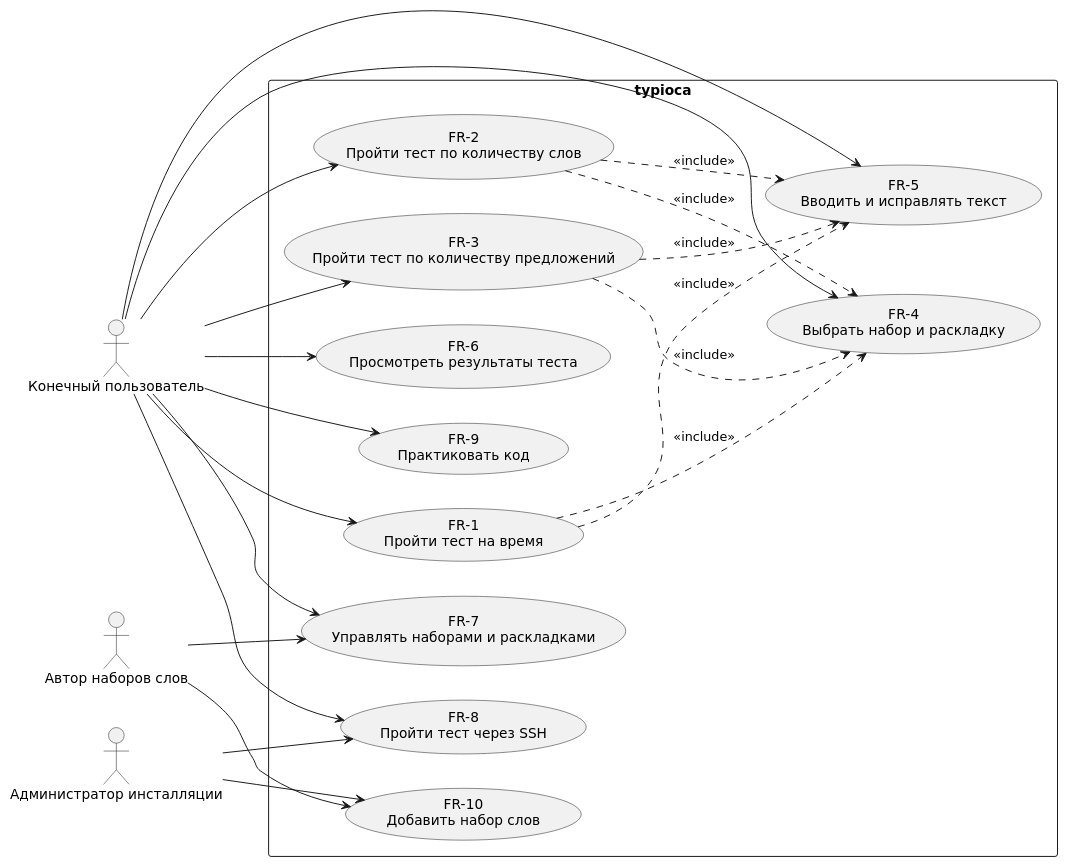
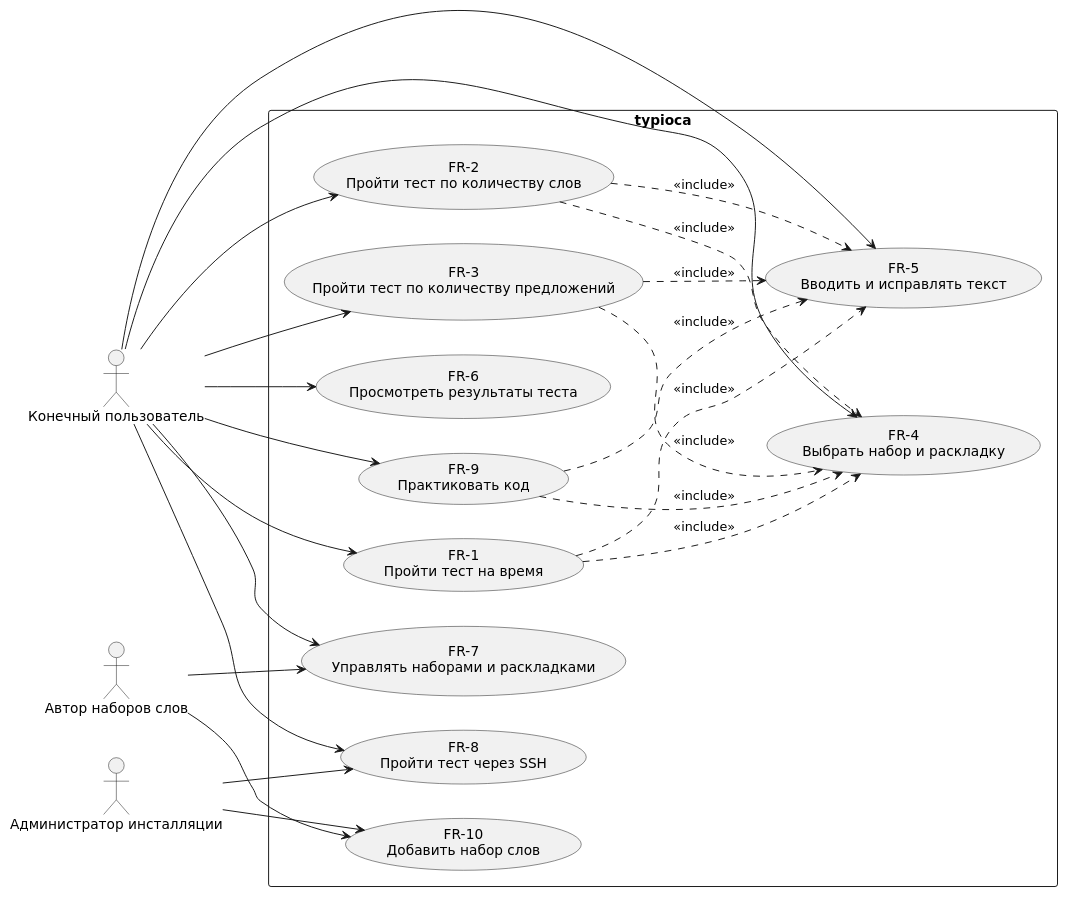
One commit to gitmaxlla/typioca-code changed the diagram in docs/diagrams/use-cases.puml. Above: the diagram before and after it, drawn with PlantUML. The commit also changed 1 other file, not shown here.

```diff
--- a/docs/diagrams/use-cases.puml
+++ b/docs/diagrams/use-cases.puml
@@ -1,44 +1,46 @@
 @startuml use-cases
 skinparam defaultFontName "DejaVu Sans"
 skinparam backgroundColor white
 skinparam shadowing false
 left to right direction
 
 actor "Конечный пользователь" as user
 actor "Автор наборов слов" as author
 actor "Администратор инсталляции" as admin
 
 rectangle "typioca" {
   usecase "FR-1\nПройти тест на время" as uc1
   usecase "FR-2\nПройти тест по количеству слов" as uc2
   usecase "FR-3\nПройти тест по количеству предложений" as uc3
   usecase "FR-4\nВыбрать набор и раскладку" as uc4
   usecase "FR-5\nВводить и исправлять текст" as uc5
   usecase "FR-6\nПросмотреть результаты теста" as uc6
   usecase "FR-7\nУправлять наборами и раскладками" as uc7
   usecase "FR-8\nПройти тест через SSH" as uc8
   usecase "FR-9\nПрактиковать код" as uc9
   usecase "FR-10\nДобавить набор слов" as uc10
 }
 
 user --> uc1
 user --> uc2
 user --> uc3
 user --> uc4
 user --> uc5
 user --> uc6
 user --> uc7
 user --> uc8
 user --> uc9
 author --> uc7
 admin --> uc8
 author --> uc10
 admin --> uc10
 
 uc1 ..> uc5 : <<include>>
 uc2 ..> uc5 : <<include>>
 uc3 ..> uc5 : <<include>>
+uc9 ..> uc5 : <<include>>
 uc1 ..> uc4 : <<include>>
 uc2 ..> uc4 : <<include>>
 uc3 ..> uc4 : <<include>>
+uc9 ..> uc4 : <<include>>
 @enduml
```
